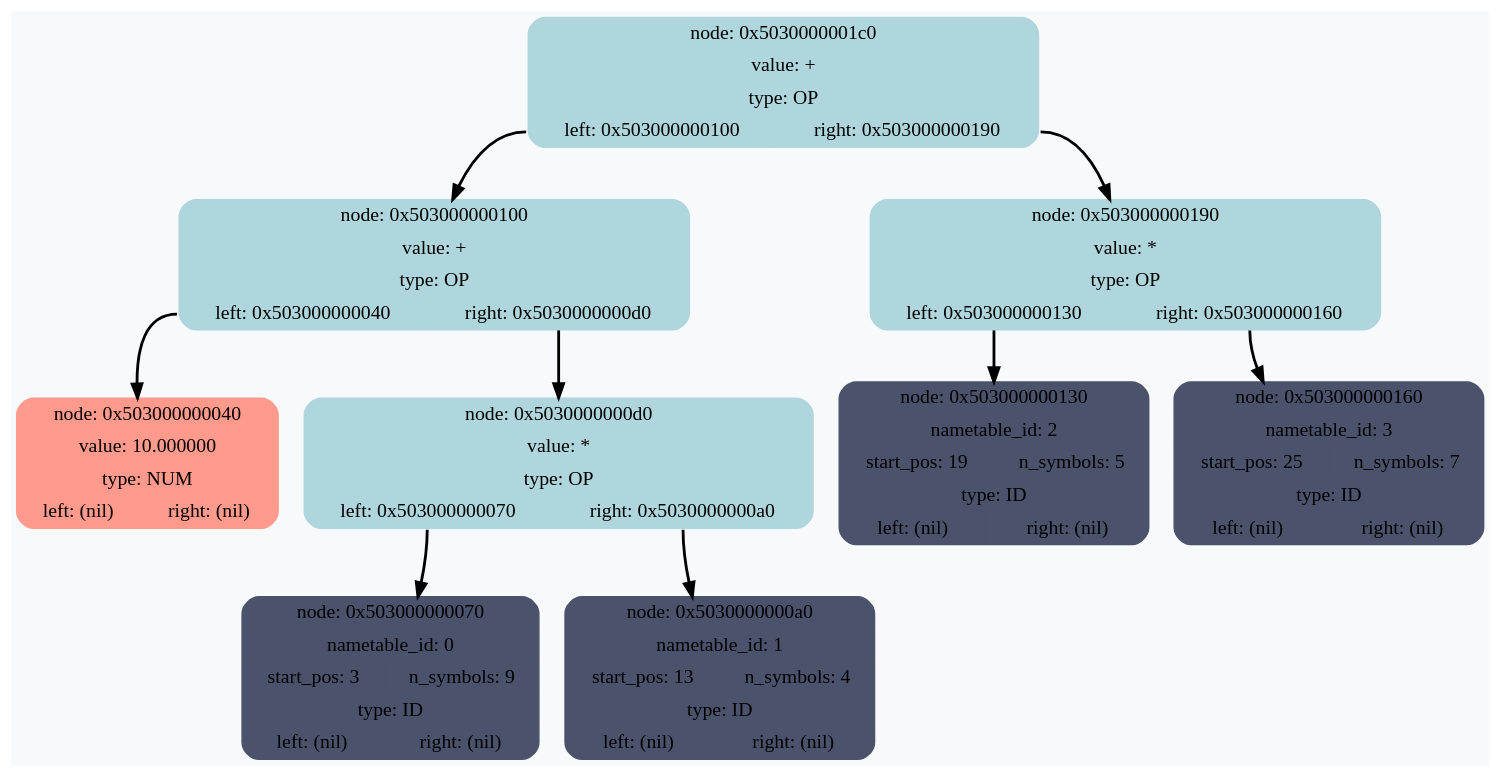
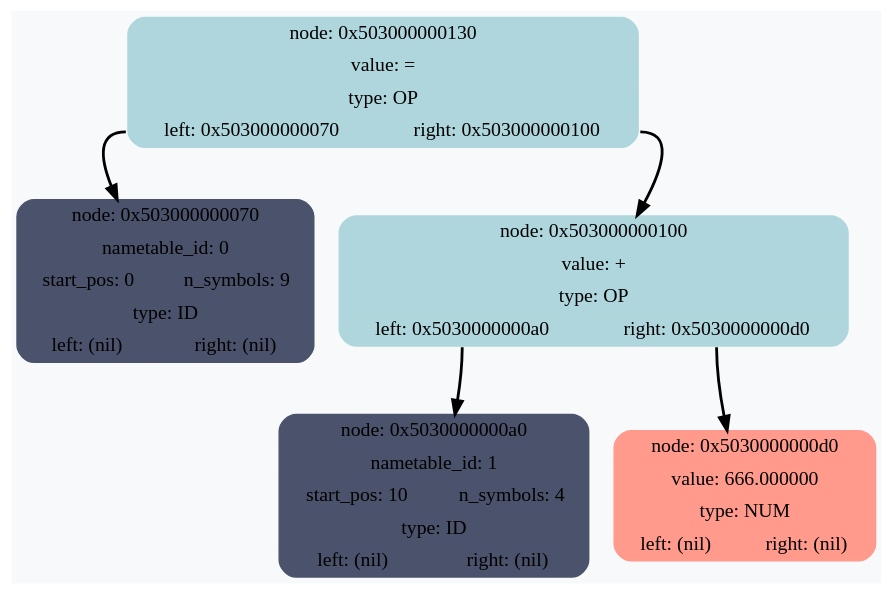
Before and after one commit to RTCupid/Programming_Language: the diagram in DiffDump.dot, drawn with Graphviz. The commit also changed 15 other files, not shown here.

```diff
--- a/DiffDump.dot
+++ b/DiffDump.dot
@@ -1,21 +1,13 @@
 digraph G {
 	rankdir = HR;
 	bgcolor="#F7F9FB"
-	 node0x5030000001c0 [shape=Mrecord; style=filled; color="#aed6dc"; label =  "{node: 0x5030000001c0 | value: + | type: OP | {<left>left: 0x503000000100 | <right>right: 0x503000000190}  }" ];
-	 node0x5030000001c0:<left> -> node0x503000000100 [style=bold; weight=1000; ];
-	 node0x5030000001c0:<right> -> node0x503000000190 [style=bold; weight=1000; ];
-	 node0x503000000100 [shape=Mrecord; style=filled; color="#aed6dc"; label =  "{node: 0x503000000100 | value: + | type: OP | {<left>left: 0x503000000040 | <right>right: 0x5030000000d0}  }" ];
-	 node0x503000000100:<left> -> node0x503000000040 [style=bold; weight=1000; ];
+	 node0x503000000130 [shape=Mrecord; style=filled; color="#aed6dc"; label =  "{node: 0x503000000130 | value: = | type: OP | {<left>left: 0x503000000070 | <right>right: 0x503000000100}  }" ];
+	 node0x503000000130:<left> -> node0x503000000070 [style=bold; weight=1000; ];
+	 node0x503000000130:<right> -> node0x503000000100 [style=bold; weight=1000; ];
+	 node0x503000000070 [shape=Mrecord; style=filled; color="#4a536b"; label =  "{node: 0x503000000070 | nametable_id: 0 | {start_pos: 0 | n_symbols: 9} | type: ID | {<left>left: (nil) | <right>right: (nil)}  }" ];
+	 node0x503000000100 [shape=Mrecord; style=filled; color="#aed6dc"; label =  "{node: 0x503000000100 | value: + | type: OP | {<left>left: 0x5030000000a0 | <right>right: 0x5030000000d0}  }" ];
+	 node0x503000000100:<left> -> node0x5030000000a0 [style=bold; weight=1000; ];
 	 node0x503000000100:<right> -> node0x5030000000d0 [style=bold; weight=1000; ];
-	 node0x503000000040 [shape=Mrecord; style=filled; color="#ff9a8d"; label =  "{node: 0x503000000040 | value: 10.000000 | type: NUM | {<left>left: (nil) | <right>right: (nil)}  }" ];
-	 node0x5030000000d0 [shape=Mrecord; style=filled; color="#aed6dc"; label =  "{node: 0x5030000000d0 | value: * | type: OP | {<left>left: 0x503000000070 | <right>right: 0x5030000000a0}  }" ];
-	 node0x5030000000d0:<left> -> node0x503000000070 [style=bold; weight=1000; ];
-	 node0x5030000000d0:<right> -> node0x5030000000a0 [style=bold; weight=1000; ];
-	 node0x503000000070 [shape=Mrecord; style=filled; color="#4a536b"; label =  "{node: 0x503000000070 | nametable_id: 0 | {start_pos: 3 | n_symbols: 9} | type: ID | {<left>left: (nil) | <right>right: (nil)}  }" ];
-	 node0x5030000000a0 [shape=Mrecord; style=filled; color="#4a536b"; label =  "{node: 0x5030000000a0 | nametable_id: 1 | {start_pos: 13 | n_symbols: 4} | type: ID | {<left>left: (nil) | <right>right: (nil)}  }" ];
-	 node0x503000000190 [shape=Mrecord; style=filled; color="#aed6dc"; label =  "{node: 0x503000000190 | value: * | type: OP | {<left>left: 0x503000000130 | <right>right: 0x503000000160}  }" ];
-	 node0x503000000190:<left> -> node0x503000000130 [style=bold; weight=1000; ];
-	 node0x503000000190:<right> -> node0x503000000160 [style=bold; weight=1000; ];
-	 node0x503000000130 [shape=Mrecord; style=filled; color="#4a536b"; label =  "{node: 0x503000000130 | nametable_id: 2 | {start_pos: 19 | n_symbols: 5} | type: ID | {<left>left: (nil) | <right>right: (nil)}  }" ];
-	 node0x503000000160 [shape=Mrecord; style=filled; color="#4a536b"; label =  "{node: 0x503000000160 | nametable_id: 3 | {start_pos: 25 | n_symbols: 7} | type: ID | {<left>left: (nil) | <right>right: (nil)}  }" ];
+	 node0x5030000000a0 [shape=Mrecord; style=filled; color="#4a536b"; label =  "{node: 0x5030000000a0 | nametable_id: 1 | {start_pos: 10 | n_symbols: 4} | type: ID | {<left>left: (nil) | <right>right: (nil)}  }" ];
+	 node0x5030000000d0 [shape=Mrecord; style=filled; color="#ff9a8d"; label =  "{node: 0x5030000000d0 | value: 666.000000 | type: NUM | {<left>left: (nil) | <right>right: (nil)}  }" ];
 }
```
